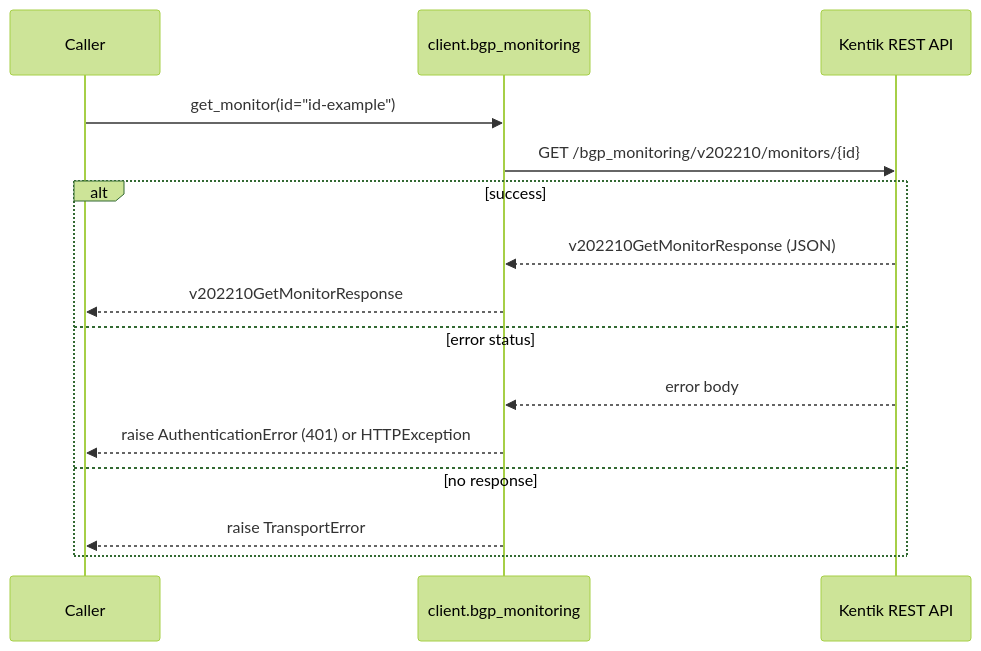
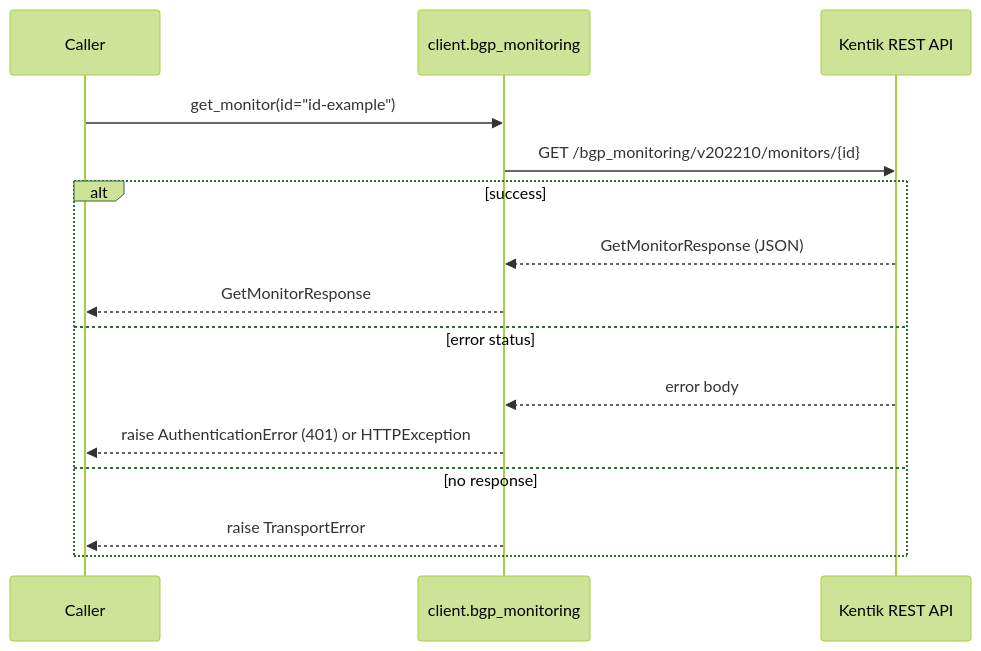
The tenth of 18 diagrams in docs/sphinx/services/bgp_monitoring.md (alexdearaujo/community_sdk_python), drawn with Mermaid (forest theme) before and after one commit. The commit also changed other lines of this file and 38 other files, not shown here.

````diff
--- a/docs/sphinx/services/bgp_monitoring.md
+++ b/docs/sphinx/services/bgp_monitoring.md
@@ -336,18 +336,18 @@
 ```mermaid
 sequenceDiagram
     participant C as Caller
     participant W as client.bgp_monitoring
     participant API as Kentik REST API
 
     C->>W: get_monitor(id="id-example")
     W->>API: GET /bgp_monitoring/v202210/monitors/{id}
     alt success
-        API-->>W: v202210GetMonitorResponse (JSON)
-        W-->>C: v202210GetMonitorResponse
+        API-->>W: GetMonitorResponse (JSON)
+        W-->>C: GetMonitorResponse
     else error status
         API-->>W: error body
         W-->>C: raise AuthenticationError (401) or HTTPException
     else no response
         W-->>C: raise TransportError
     end
 ```
````
